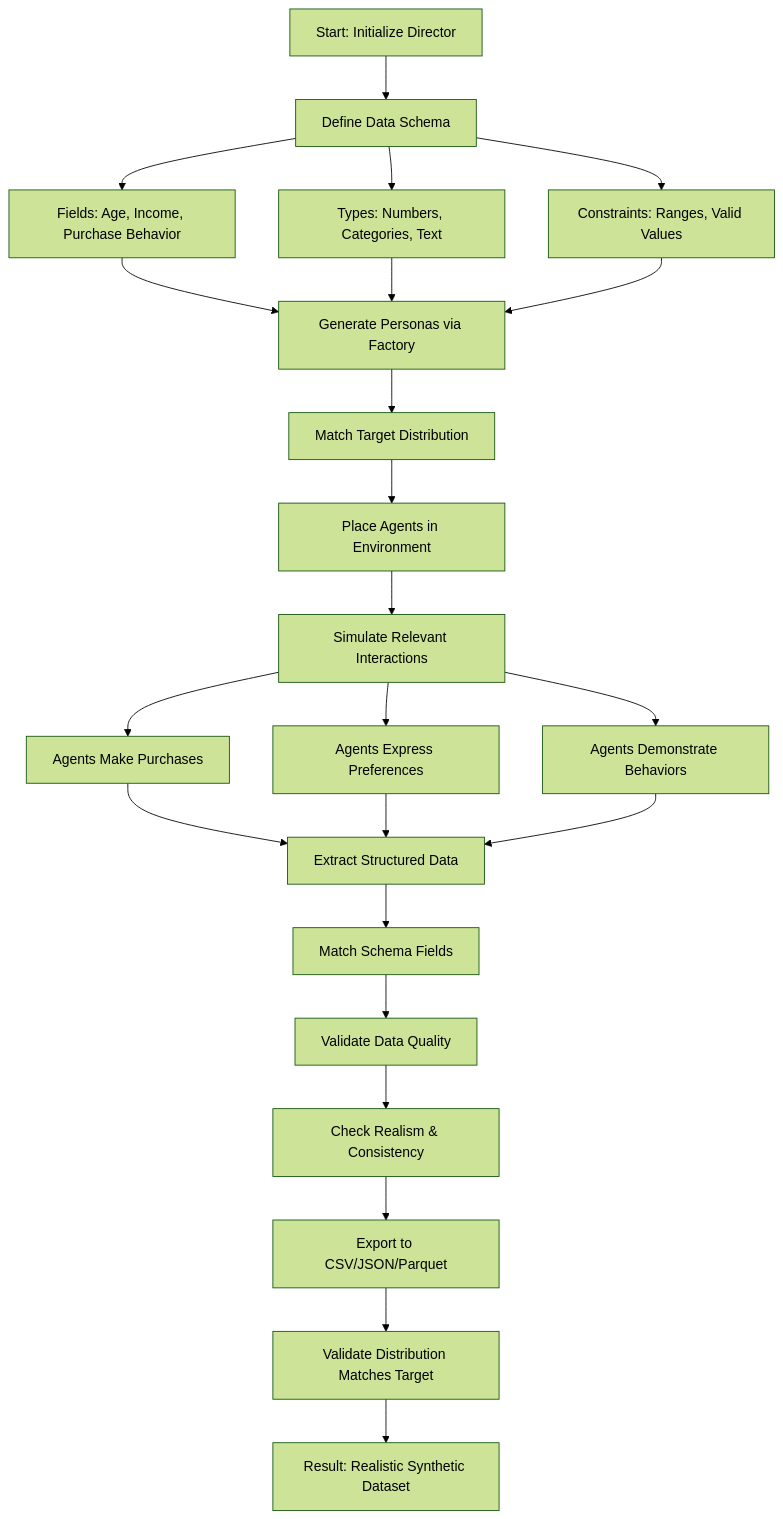
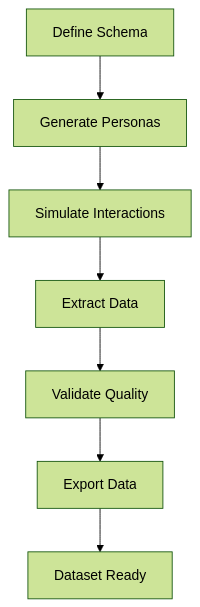
Diagram 15 of 16 in books/ai-simulation.md (Param-Harrison/ebook-writer), drawn with Mermaid (forest theme) before and after one commit. The commit also changed other lines of this file and 35 other files, not shown here.

````diff
--- a/books/ai-simulation.md
+++ b/books/ai-simulation.md
@@ -743,25 +709,9 @@
 ```mermaid
-graph TD
-    A[Start: Initialize Director] --> B[Define Data Schema]
-    B --> C[Fields: Age, Income, Purchase Behavior]
-    B --> D[Types: Numbers, Categories, Text]
-    B --> E[Constraints: Ranges, Valid Values]
-    C --> F[Generate Personas via Factory]
-    D --> F
-    E --> F
-    F --> G[Match Target Distribution]
-    G --> H[Place Agents in Environment]
-    H --> I[Simulate Relevant Interactions]
-    I --> J[Agents Make Purchases]
-    I --> K[Agents Express Preferences]
-    I --> L[Agents Demonstrate Behaviors]
-    J --> M[Extract Structured Data]
-    K --> M
-    L --> M
-    M --> N[Match Schema Fields]
-    N --> O[Validate Data Quality]
-    O --> P[Check Realism & Consistency]
-    P --> Q[Export to CSV/JSON/Parquet]
-    Q --> R[Validate Distribution Matches Target]
-    R --> S[Result: Realistic Synthetic Dataset]
+flowchart TD
+    Schema[Define Schema] --> Generate[Generate Personas]
+    Generate --> Simulate[Simulate Interactions]
+    Simulate --> Extract[Extract Data]
+    Extract --> Validate[Validate Quality]
+    Validate --> Export[Export Data]
+    Export --> Result[Dataset Ready]
 ```
````
